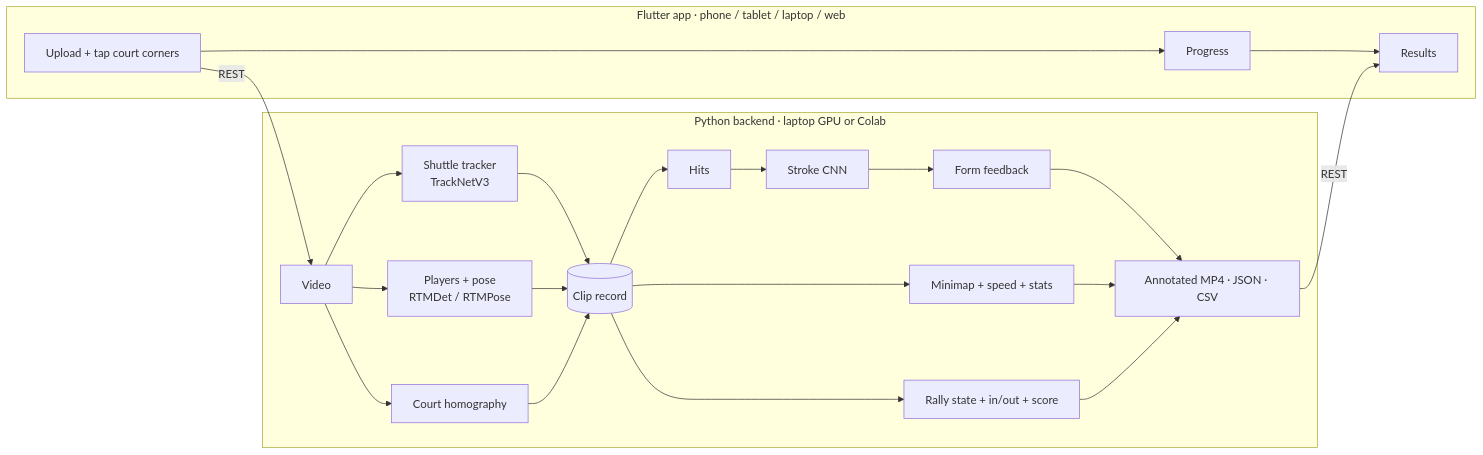
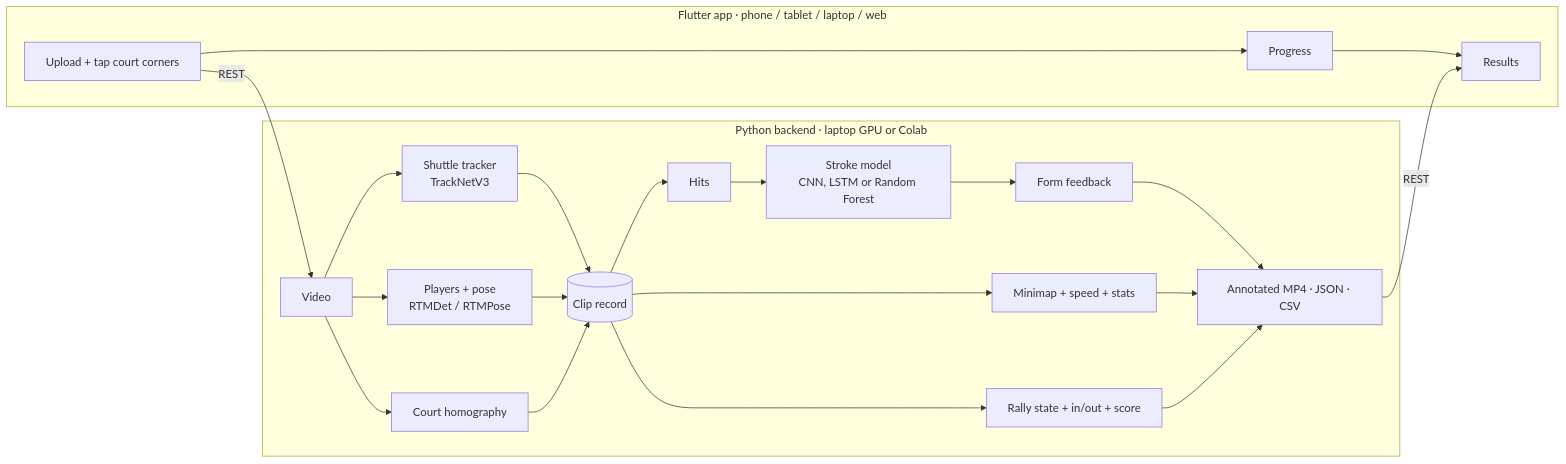
The diagram in README.md (Mist10148/ShuttleSense), drawn with Mermaid before and after one commit. The commit also changed other lines of this file and 16 other files, not shown here.

````diff
--- a/README.md
+++ b/README.md
@@ -93,22 +93,22 @@
 ```mermaid
 flowchart LR
     subgraph App["Flutter app · phone / tablet / laptop / web"]
         U[Upload + tap court corners] --> P[Progress] --> R[Results]
     end
     subgraph Backend["Python backend · laptop GPU or Colab"]
         A[Video] --> B[Shuttle tracker<br/>TrackNetV3]
         A --> C[Players + pose<br/>RTMDet / RTMPose]
         A --> D[Court homography]
         B --> E[(Clip record)]
         C --> E
         D --> E
-        E --> F[Hits] --> G[Stroke CNN] --> H[Form feedback]
+        E --> F[Hits] --> G[Stroke model<br/>CNN, LSTM or Random Forest] --> H[Form feedback]
         E --> I[Minimap + speed + stats]
         E --> L[Rally state + in/out + score]
         H --> O[Annotated MP4 · JSON · CSV]
         I --> O
         L --> O
     end
     U -- REST --> A
     O -- REST --> R
 ```
````
